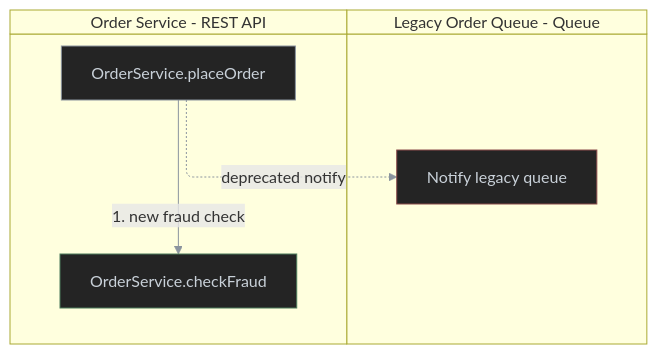
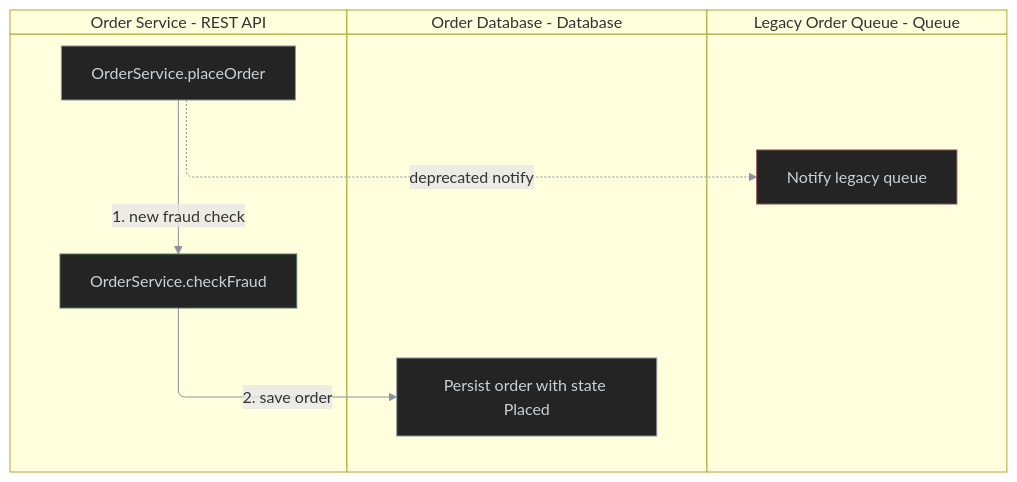
Before and after one commit to antshc/brain: the fourth of 6 diagrams in plugins/wf/skills/behavior-diagram/README.md, drawn with Mermaid. The commit also changed other lines of this file, not shown here.

Commit message:
Preserve behavior diagram examples

````diff
--- a/plugins/wf/skills/behavior-diagram/README.md
+++ b/plugins/wf/skills/behavior-diagram/README.md
@@ -68,21 +97,26 @@
 ```mermaid
 %%{init: {'themeVariables': {'lineColor': '#8b949e'}}}%%
 swimlane-beta TB
   subgraph restApi [Order Service - REST API]
     placeOrder[OrderService.placeOrder]
     fraudCheck[OrderService.checkFraud]
   end
 
+  subgraph database [Order Database - Database]
+    persistOrder[Persist order with state Placed]
+  end
+
   subgraph legacyQueue [Legacy Order Queue - Queue]
     notifyLegacy[Notify legacy queue]
   end
 
   placeOrder -->|1. new fraud check| fraudCheck
+  fraudCheck -->|2. save order| persistOrder
   placeOrder -.->|deprecated notify| notifyLegacy
 
   classDef default fill:#242424,stroke:#8b949e,color:#c9d1d9,stroke-width:1px
   classDef added stroke:#4a7a5a,stroke-width:1px
   classDef removed stroke:#8a4a4a,stroke-width:1px
   class fraudCheck added
   class notifyLegacy removed
 ```
````
